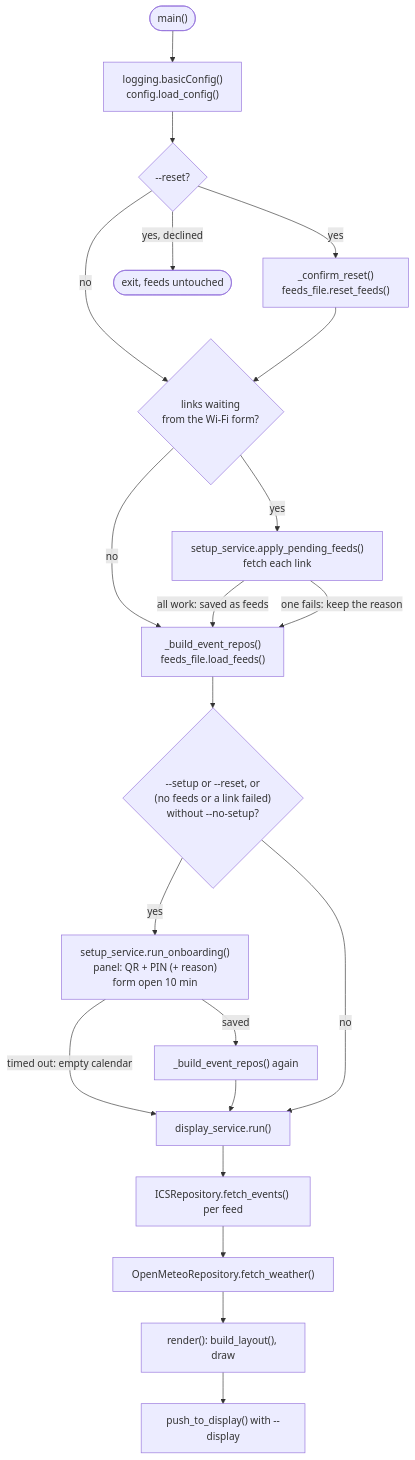
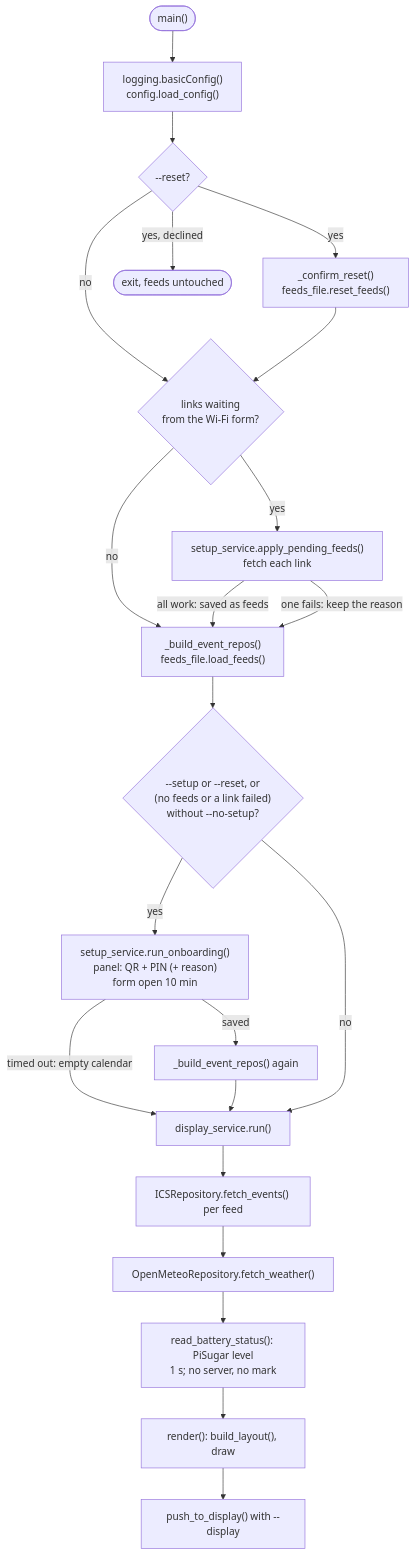
Before and after one commit to ShengKai234/google-calendar-api: the sixth of 6 diagrams in docs/ARCHITECTURE.md, drawn with Mermaid. The commit also changed 13 other files, not shown here.

First line of the commit message:
feat(display): show the PiSugar battery on each refresh

````diff
--- a/docs/ARCHITECTURE.md
+++ b/docs/ARCHITECTURE.md
@@ -261,23 +261,24 @@
 ```mermaid
 flowchart TB
   S(["main()"]) --> LOG["logging.basicConfig()<br/>config.load_config()"]
   LOG --> RS{"--reset?"}
   RS -->|"yes"| DEL["_confirm_reset()<br/>feeds_file.reset_feeds()"]
   RS -->|"yes, declined"| STOP(["exit, feeds untouched"])
   RS -->|"no"| PEND
   DEL --> PEND{"links waiting<br/>from the Wi-Fi form?"}
   PEND -->|"yes"| AP["setup_service.apply_pending_feeds()<br/>fetch each link"]
   PEND -->|"no"| REPO
   AP -->|"all work: saved as feeds"| REPO
   AP -->|"one fails: keep the reason"| REPO
   REPO["_build_event_repos()<br/>feeds_file.load_feeds()"] --> Q{"--setup or --reset, or<br/>(no feeds or a link failed)<br/>without --no-setup?"}
   Q -->|"yes"| ONB["setup_service.run_onboarding()<br/>panel: QR + PIN (+ reason)<br/>form open 10 min"]
   ONB -->|"saved"| REPO2["_build_event_repos() again"]
   ONB -->|"timed out: empty calendar"| RUN
   REPO2 --> RUN
   Q -->|"no"| RUN["display_service.run()"]
   RUN --> F1["ICSRepository.fetch_events() per feed"]
   F1 --> F2["OpenMeteoRepository.fetch_weather()"]
-  F2 --> F3["render(): build_layout(), draw"]
+  F2 --> BAT["read_battery_status(): PiSugar level<br/>1 s; no server, no mark"]
+  BAT --> F3["render(): build_layout(), draw"]
   F3 --> F4["push_to_display() with --display"]
 ```
````
